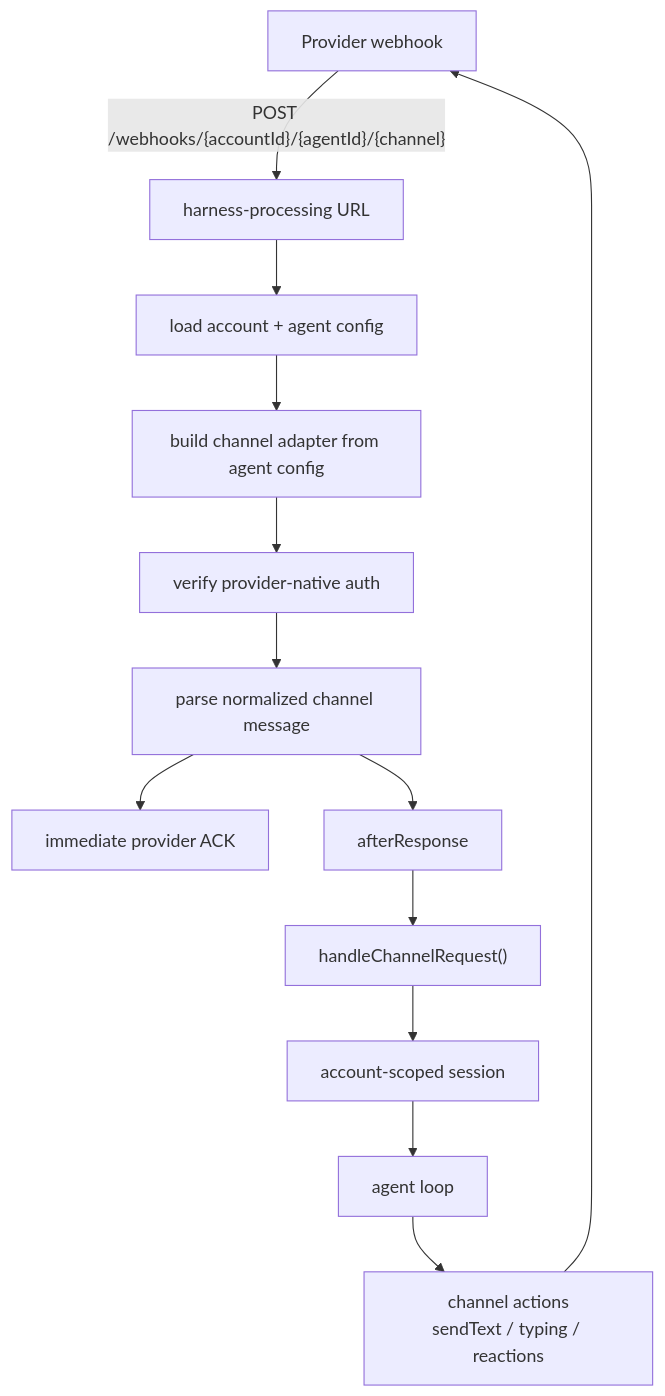
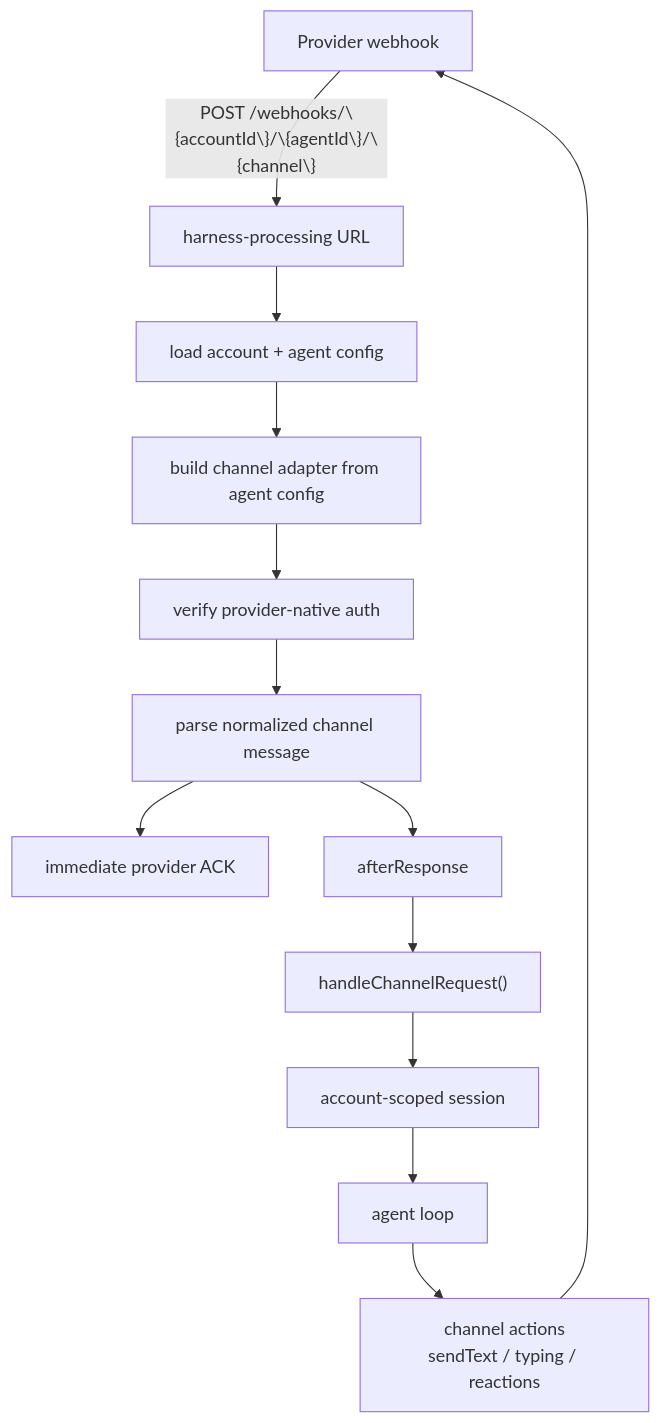
The seventh of 9 diagrams in docs/architecture.md (beeblastco/broods), drawn with Mermaid before and after one commit. The commit also changed other lines of this file and 3 other files, not shown here.

Commit message:
fix: escape curly braces in mermaid diagrams for proper rendering

````diff
--- a/docs/architecture.md
+++ b/docs/architecture.md
@@ -186,15 +186,15 @@
 ```mermaid
 flowchart TD
-  Provider["Provider webhook"] -->|"POST /webhooks/{accountId}/{agentId}/{channel}"| Url["harness-processing URL"]
+  Provider["Provider webhook"] -->|"POST /webhooks/\{accountId\}/\{agentId\}/\{channel\}"| Url["harness-processing URL"]
   Url --> Load["load account + agent config"]
   Load --> Adapter["build channel adapter from agent config"]
   Adapter --> Auth["verify provider-native auth"]
   Auth --> Parse["parse normalized channel message"]
   Parse --> Ack["immediate provider ACK"]
   Parse --> After["afterResponse"]
   After --> Handler["handleChannelRequest()"]
   Handler --> Session["account-scoped session"]
   Session --> Agent["agent loop"]
   Agent --> Reply["channel actions<br/>sendText / typing / reactions"]
   Reply --> Provider
 ```
````
